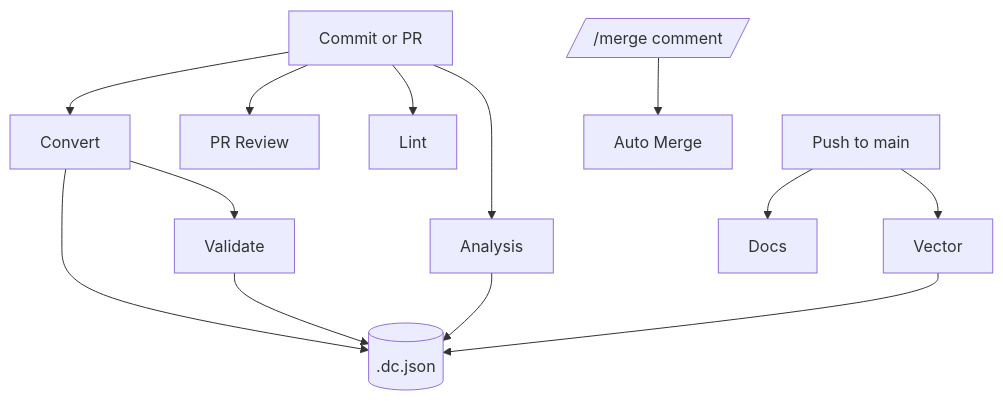
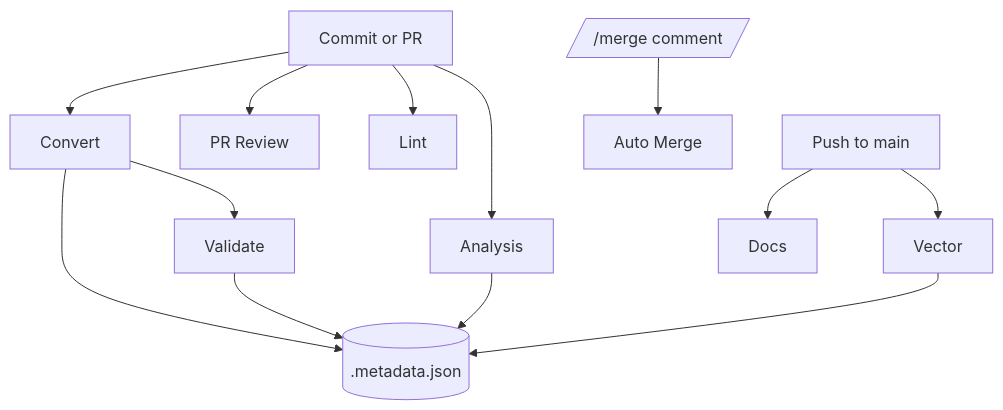
One commit to alangunning/doc-ai-analysis-starter changed the second of 2 diagrams in README.md. Above: the diagram before and after it, drawn with Mermaid. The commit also changed other lines of this file and 1 other file, not shown here.

Commit message:
Use .metadata.json for Dublin Core records

````diff
--- a/README.md
+++ b/README.md
@@ -78,15 +78,15 @@
 ```mermaid
 flowchart TD
     A[Commit or PR] --> B[Convert]
     B --> C[Validate]
     A --> D[Analysis]
     A --> E[PR Review]
     A --> F[Lint]
     Main[Push to main] --> G[Vector]
     Main --> H[Docs]
     Comment[/"/merge" comment/] --> I[Auto Merge]
-    B --> M[(.dc.json)]
+    B --> M[(.metadata.json)]
     C --> M
     D --> M
     G --> M
 ```
````
